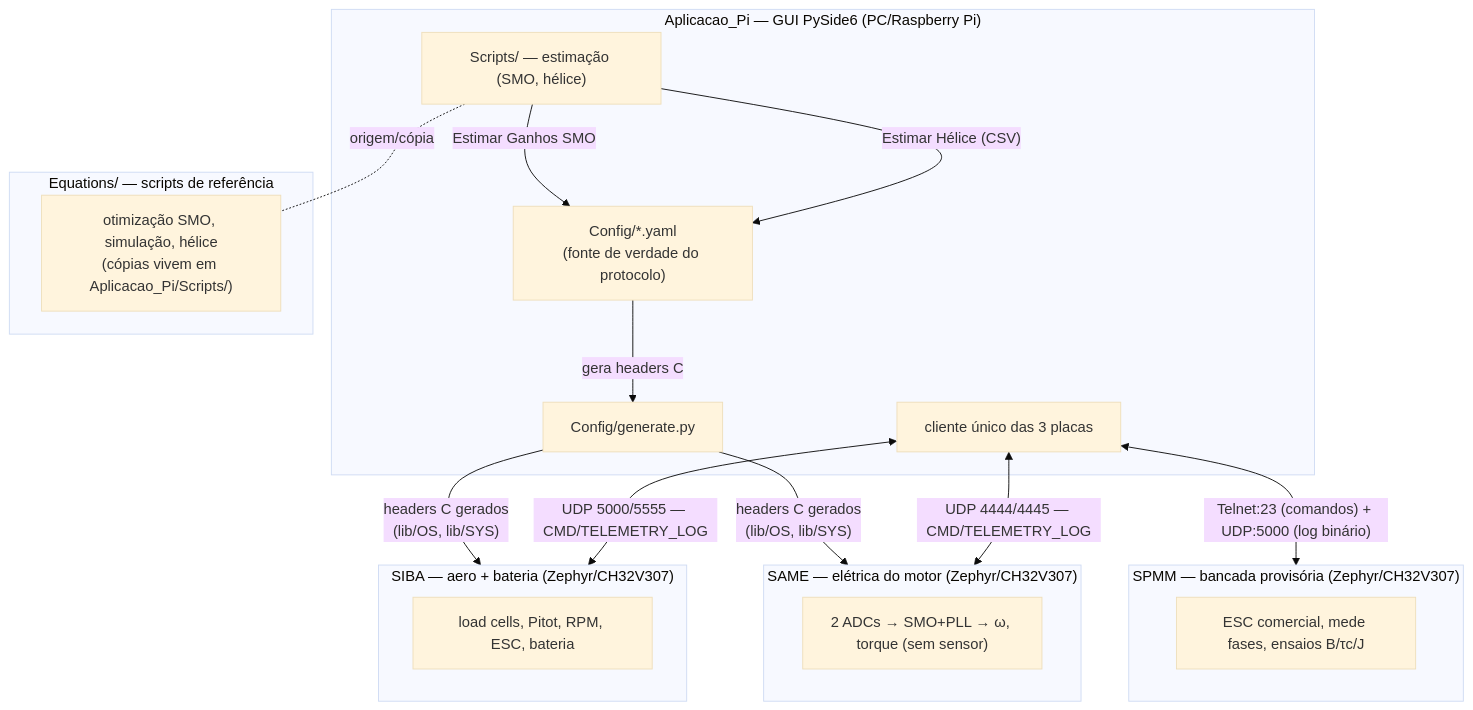
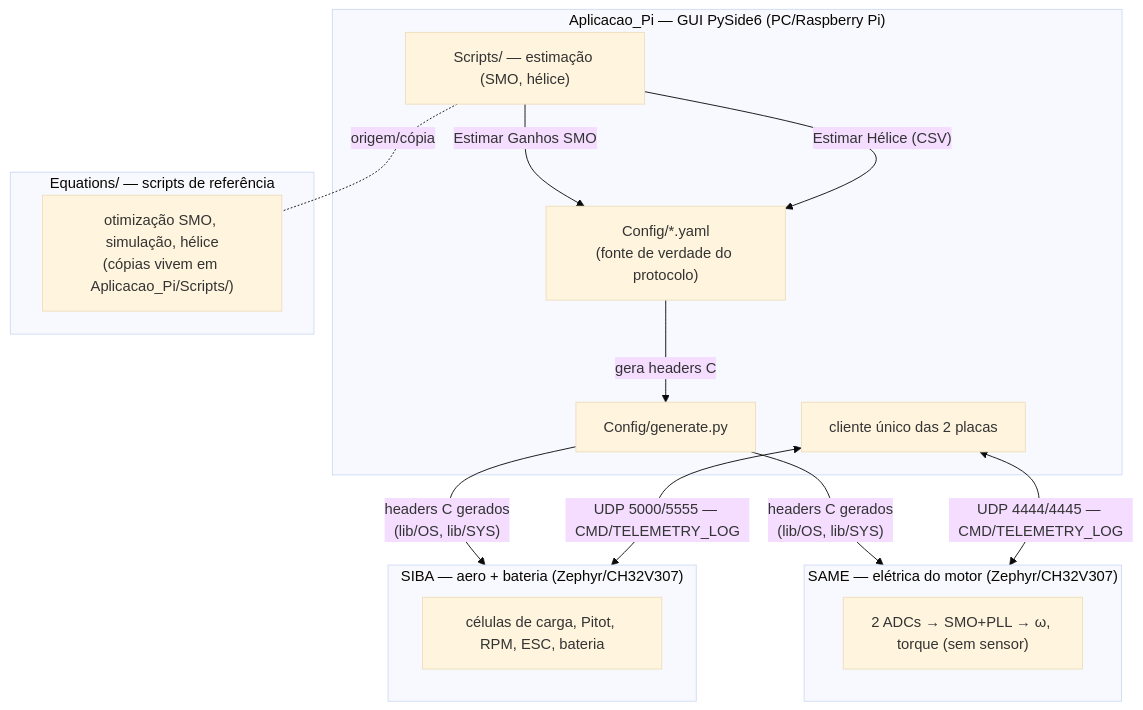
One commit to vitordallolivo/TCC changed the first of 5 diagrams in Codigos/README.md. Above: the diagram before and after it, drawn with Mermaid (base theme). The commit also changed other lines of this file and 59 other files, not shown here.

First line of the commit message:
Remove a bancada provisória SPMM do projeto

````diff
--- a/Codigos/README.md
+++ b/Codigos/README.md
@@ -45,33 +42,29 @@
 ```mermaid
 flowchart TD
     subgraph PC["Aplicacao_Pi — GUI PySide6 (PC/Raspberry Pi)"]
-        GUI["cliente único das 3 placas"]
+        GUI["cliente único das 2 placas"]
         Config["Config/*.yaml<br/>(fonte de verdade do protocolo)"]
         Gen["Config/generate.py"]
         Scripts["Scripts/ — estimação (SMO, hélice)"]
     end
     subgraph SIBA["SIBA — aero + bateria (Zephyr/CH32V307)"]
-        SIBAfw["load cells, Pitot, RPM, ESC, bateria"]
+        SIBAfw["células de carga, Pitot, RPM, ESC, bateria"]
     end
     subgraph SAME["SAME — elétrica do motor (Zephyr/CH32V307)"]
         SAMEfw["2 ADCs → SMO+PLL → ω, torque (sem sensor)"]
-    end
-    subgraph SPMM["SPMM — bancada provisória (Zephyr/CH32V307)"]
-        SPMMfw["ESC comercial, mede fases, ensaios B/τc/J"]
     end
     subgraph Eq["Equations/ — scripts de referência"]
         EqFiles["otimização SMO, simulação, hélice<br/>(cópias vivem em Aplicacao_Pi/Scripts/)"]
     end
 
     Config -->|gera headers C| Gen
     Gen -->|"headers C gerados<br/>(lib/OS, lib/SYS)"| SIBA
     Gen -->|"headers C gerados<br/>(lib/OS, lib/SYS)"| SAME
 
     GUI <-->|"UDP 5000/5555 — CMD/TELEMETRY_LOG"| SIBA
     GUI <-->|"UDP 4444/4445 — CMD/TELEMETRY_LOG"| SAME
-    GUI <-->|"Telnet:23 (comandos) + UDP:5000 (log binário)"| SPMM
 
     Scripts -.origem/cópia.- EqFiles
     Scripts -->|"Estimar Ganhos SMO"| Config
     Scripts -->|"Estimar Hélice (CSV)"| Config
 ```
````
